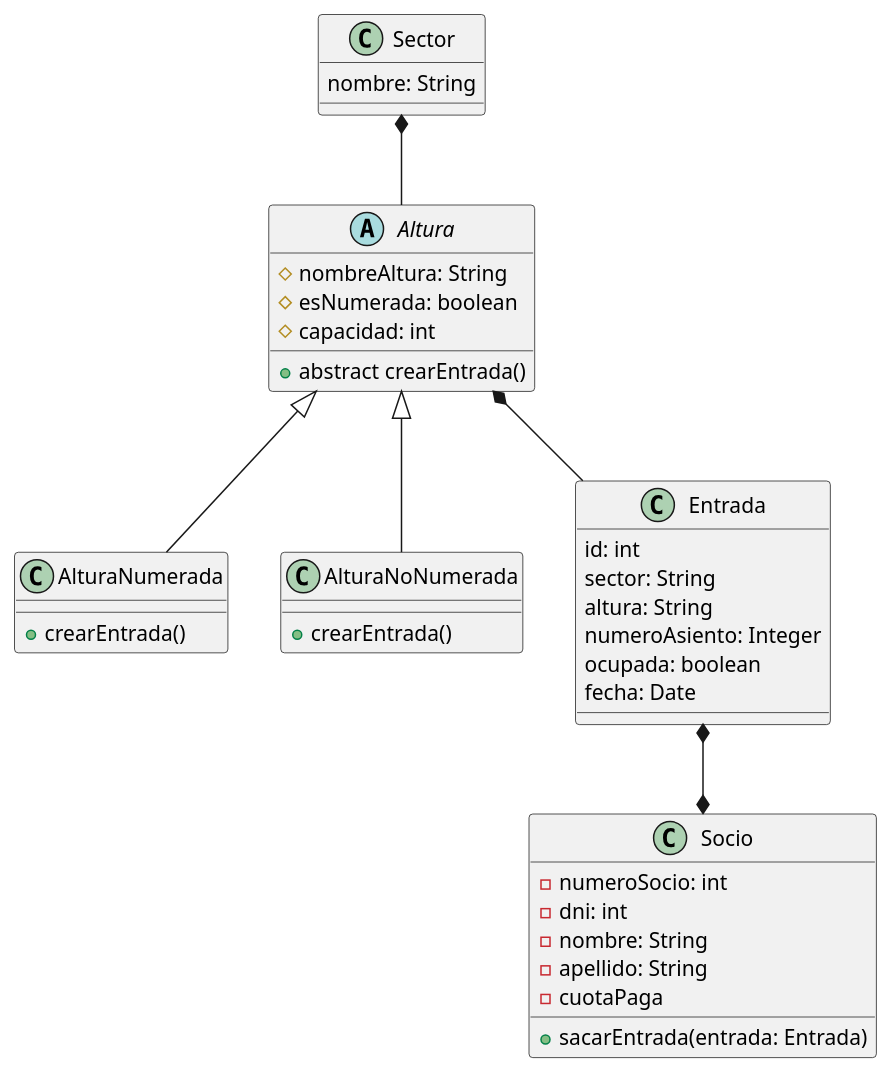
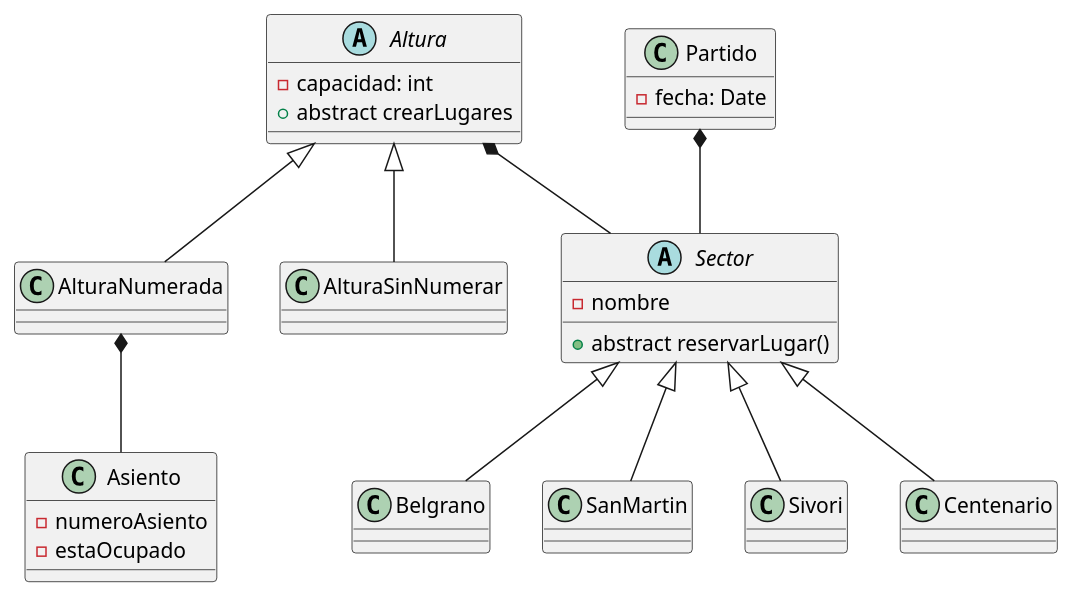
The diagram in src/main/resources/diagram.puml (SimonForteza/TPO_POO_2024), drawn with PlantUML before and after one commit. The commit also changed 14 other files, not shown here.

```diff
--- a/src/main/resources/diagram.puml
+++ b/src/main/resources/diagram.puml
@@ -1,48 +1,42 @@
 @startuml
-abstract class Altura {
-    #nombreAltura: String
-    #esNumerada: boolean
-    #capacidad: int
-    +abstract crearEntrada()
+abstract class Altura{
+    -capacidad: int
+    +abstract crearLugares
 }
 
-class AlturaNumerada {
-    +crearEntrada()
+class AlturaNumerada{}
+class AlturaSinNumerar{}
+
+class Asiento{
+    -numeroAsiento
+    -estaOcupado
 }
 
-class AlturaNoNumerada {
-    +crearEntrada()
+abstract class Sector{
+    -nombre
+    +abstract reservarLugar()
 }
 
+class Belgrano{}
+class SanMartin{}
+class Sivori{}
+class Centenario{}
 
-class Sector {
-   nombre: String
+class Partido {
+    -fecha: Date
 }
 
+Altura <|-- AlturaNumerada
+Altura <|-- AlturaSinNumerar
 
-class Entrada{
-    id: int
-    sector: String
-    altura: String
-    numeroAsiento: Integer
-    ocupada: boolean
-    fecha: Date
-}
+Altura *-- Sector
+AlturaNumerada *-- Asiento
 
-class Socio {
-    -numeroSocio: int
-    -dni: int
-    -nombre: String
-    -apellido: String
-    -cuotaPaga
+Sector <|-- Belgrano
+Sector <|-- SanMartin
+Sector <|-- Sivori
+Sector <|-- Centenario
 
-    +sacarEntrada(entrada: Entrada)
-}
-
-Altura *-- Entrada
-Altura <|-- AlturaNoNumerada
-Altura <|-- AlturaNumerada
-Sector *-- Altura
-Entrada *--* Socio
+Partido *-- Sector
 
 @enduml
```
